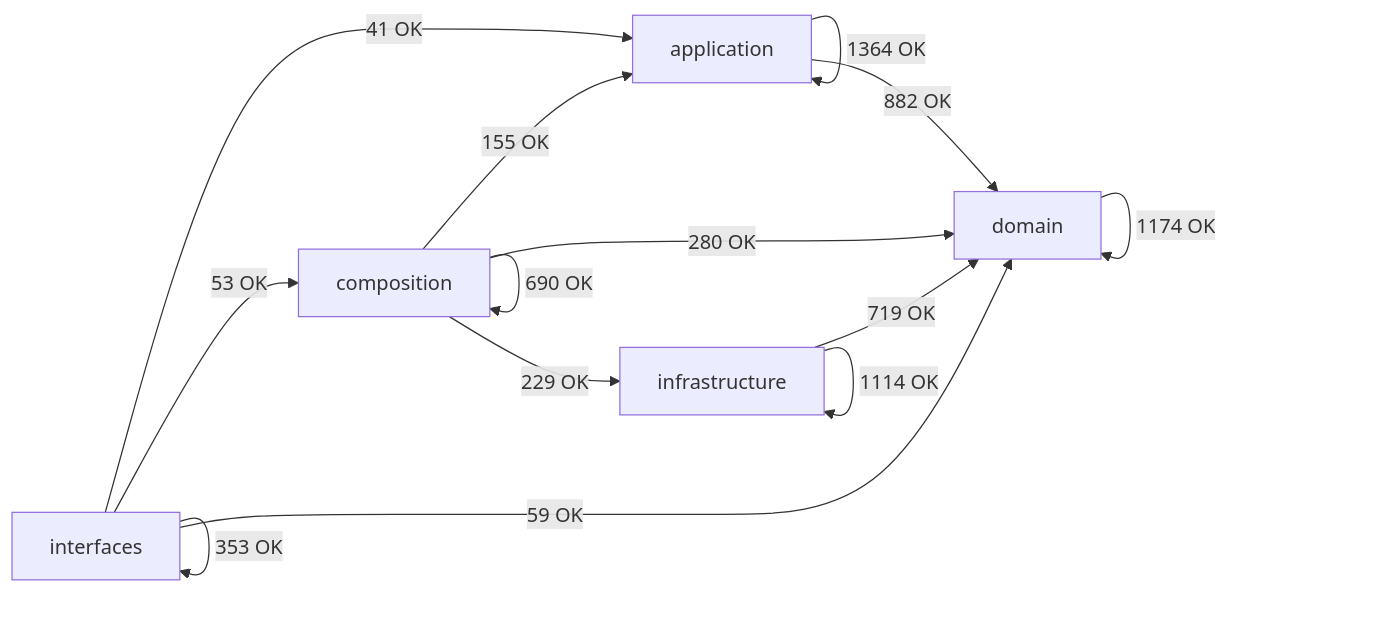
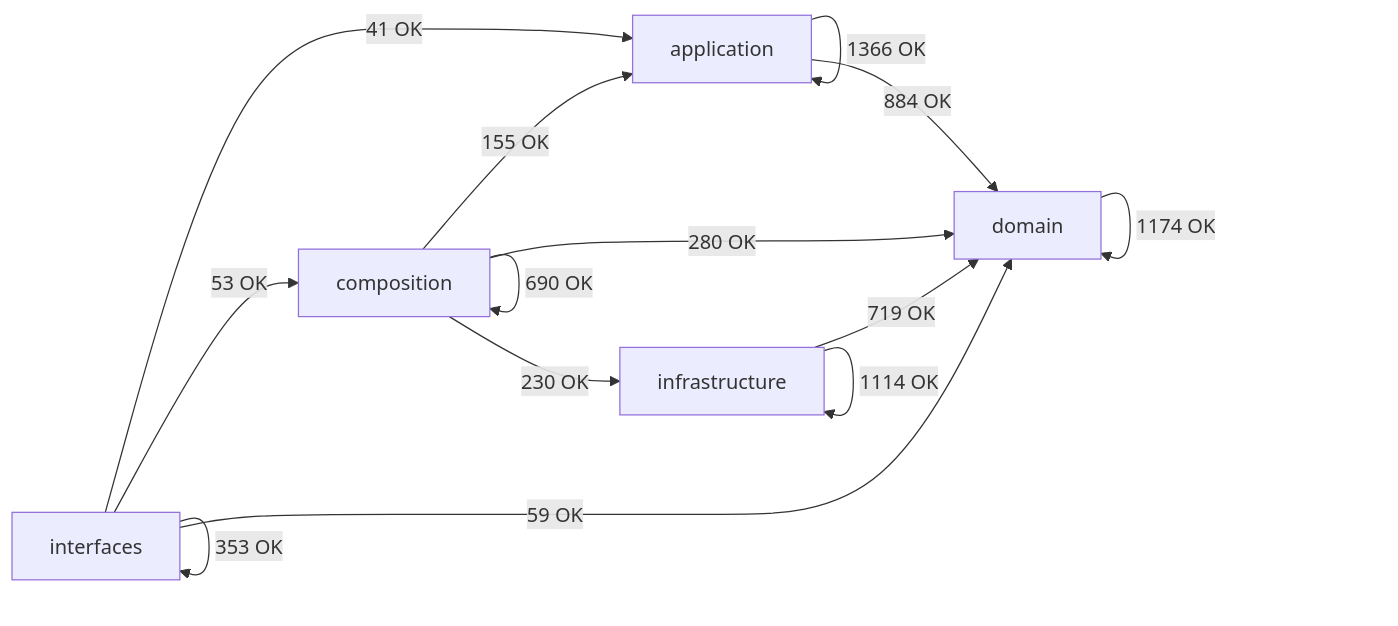
One commit to SatoryKono/BioactivityDataAcquisition changed the diagram in docs/02-architecture/generated/module-dependency-map.md. Above: the diagram before and after it, drawn with Mermaid. The commit also changed other lines of this file and 2 other files, not shown here.

````diff
--- a/docs/02-architecture/generated/module-dependency-map.md
+++ b/docs/02-architecture/generated/module-dependency-map.md
@@ -17,21 +17,21 @@
 ```mermaid
 flowchart LR
     domain[domain]
     application[application]
     infrastructure[infrastructure]
     composition[composition]
     interfaces[interfaces]
-    application -->|1364 OK| application
-    application -->|882 OK| domain
+    application -->|1366 OK| application
+    application -->|884 OK| domain
     composition -->|155 OK| application
     composition -->|690 OK| composition
     composition -->|280 OK| domain
-    composition -->|229 OK| infrastructure
+    composition -->|230 OK| infrastructure
     domain -->|1174 OK| domain
     infrastructure -->|719 OK| domain
     infrastructure -->|1114 OK| infrastructure
     interfaces -->|41 OK| application
     interfaces -->|53 OK| composition
     interfaces -->|59 OK| domain
     interfaces -->|353 OK| interfaces
 ```
````
